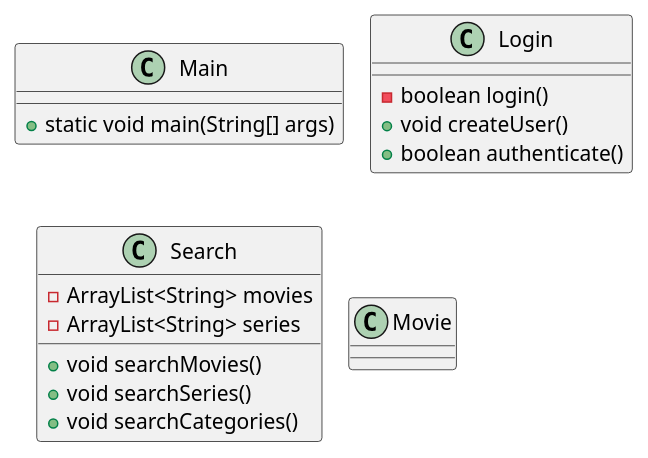
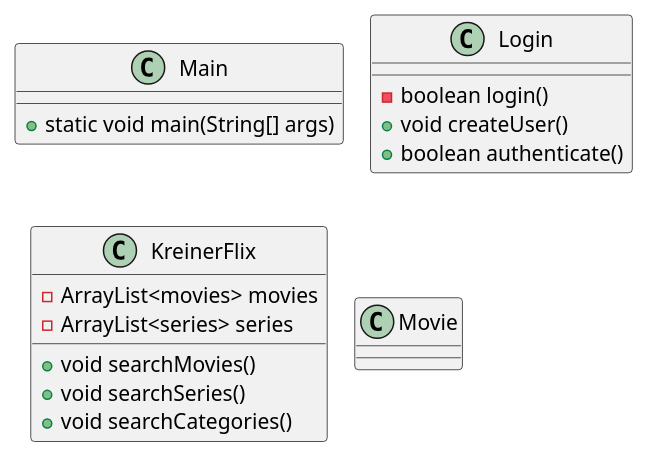
One commit to Bubberslem/Sp3MadsDMarcusR changed the diagram in doc/classdiagram.puml. Above: the diagram before and after it, drawn with PlantUML. The commit also changed 1 other file, not shown here.

```diff
--- a/doc/classdiagram.puml
+++ b/doc/classdiagram.puml
@@ -1,25 +1,25 @@
 @startuml
 'https://plantuml.com/class-diagram
 !pragma layout smetana
 class Main{
 + static void main(String[] args)
 }
 class Login{
 - boolean login()
 + void createUser()
 + boolean authenticate()
 }
 
-class Search{
-- ArrayList<String> movies
-- ArrayList<String> series
+class KreinerFlix{
+- ArrayList<movies> movies
+- ArrayList<series> series
 + void searchMovies()
 + void searchSeries()
 + void searchCategories()
 }
 
 class Movie{
 
 }
 
 @enduml
```
